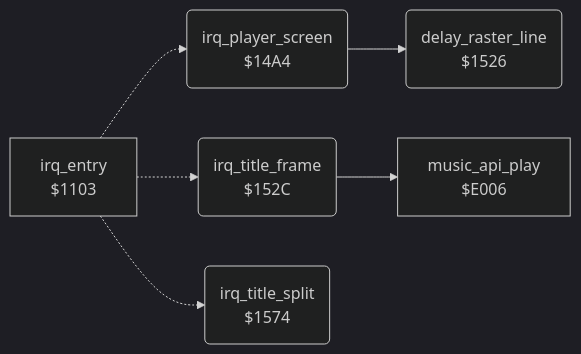
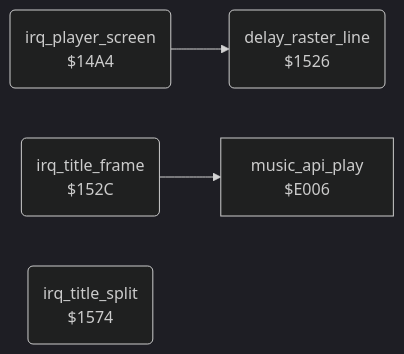
Before and after one commit to henols/c64_games: the diagram in bruce_lee/docs/reference/modules/irq/screen_raster_irqs.md, drawn with Mermaid (dark theme). The commit also changed other lines of this file and 236 other files, not shown here.

````diff
--- a/bruce_lee/docs/reference/modules/irq/screen_raster_irqs.md
+++ b/bruce_lee/docs/reference/modules/irq/screen_raster_irqs.md
@@ -10,14 +19,10 @@
 ```mermaid
 flowchart LR
-  n1103["irq_entry<br/>$1103"]
   n14a4("irq_player_screen<br/>$14A4")
   n1526("delay_raster_line<br/>$1526")
   n152c("irq_title_frame<br/>$152C")
   n1574("irq_title_split<br/>$1574")
   ne006["music_api_play<br/>$E006"]
-  n1103 -.-> n14a4
-  n1103 -.-> n152c
-  n1103 -.-> n1574
   n14a4 --> n1526
   n152c --> ne006
 ```
````
